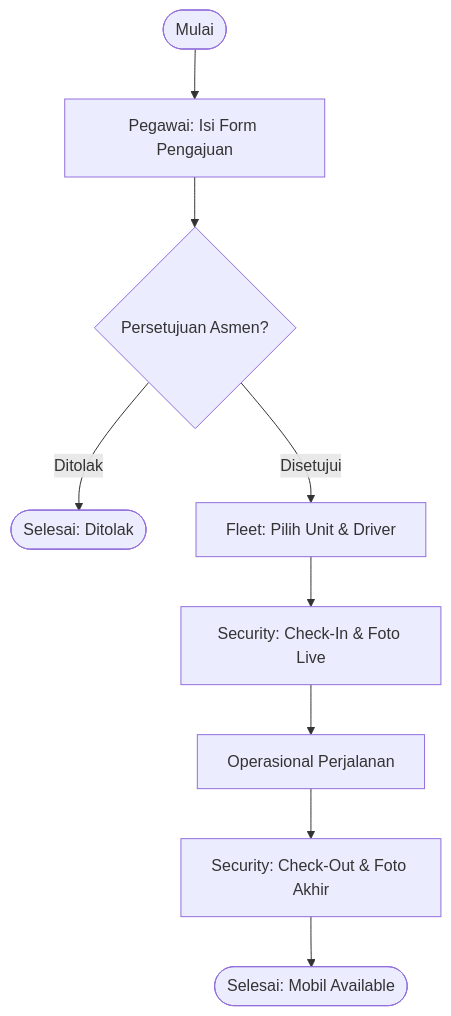
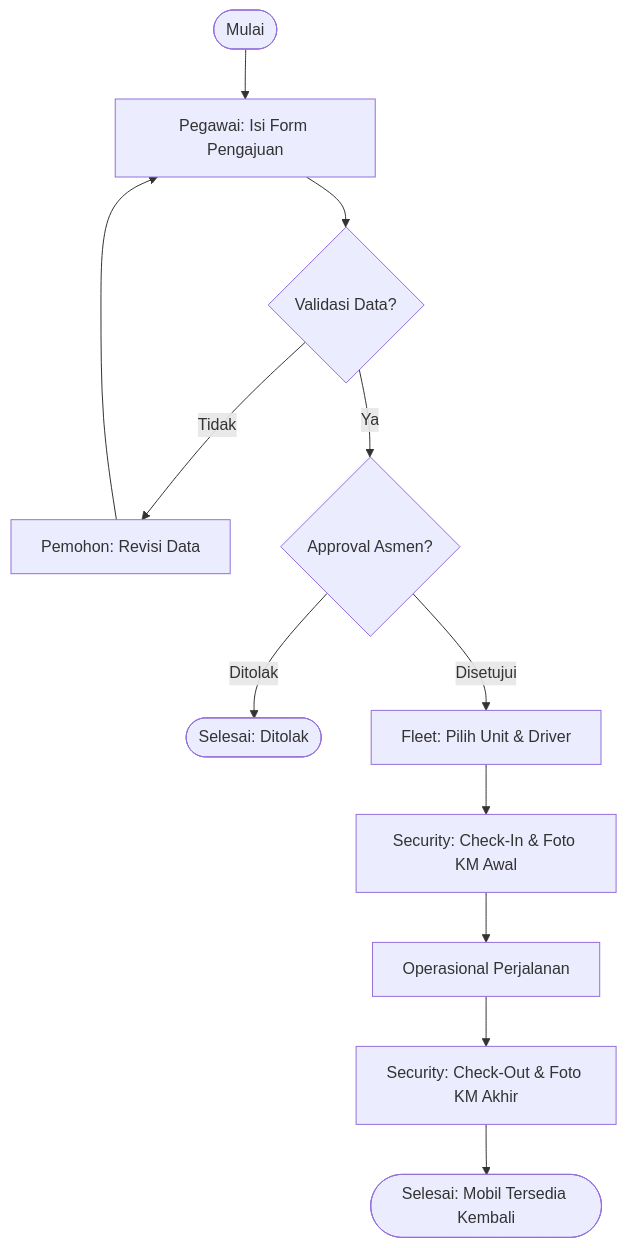
Before and after one commit to Nabilla19/pln_transport: the second of 3 diagrams in DOCUMENTATION.md, drawn with Mermaid. The commit also changed other lines of this file and 41 other files, not shown here.

````diff
--- a/DOCUMENTATION.md
+++ b/DOCUMENTATION.md
@@ -51,11 +105,14 @@
 ```mermaid
 graph TD
     Start([Mulai]) --> Form[Pegawai: Isi Form Pengajuan]
-    Form --> Appr{Persetujuan Asmen?}
+    Form --> Valid{Validasi Data?}
+    Valid -- Tidak --> Revisi[Pemohon: Revisi Data]
+    Revisi --> Form
+    Valid -- Ya --> Appr{Approval Asmen?}
     Appr -- Ditolak --> End([Selesai: Ditolak])
     Appr -- Disetujui --> Fleet[Fleet: Pilih Unit & Driver]
-    Fleet --> SecIn[Security: Check-In & Foto Live]
+    Fleet --> SecIn[Security: Check-In & Foto KM Awal]
     SecIn --> Trip[Operasional Perjalanan]
-    Trip --> SecOut[Security: Check-Out & Foto Akhir]
-    SecOut --> Finish([Selesai: Mobil Available])
+    Trip --> SecOut[Security: Check-Out & Foto KM Akhir]
+    SecOut --> Finish([Selesai: Mobil Tersedia Kembali])
 ```
````
